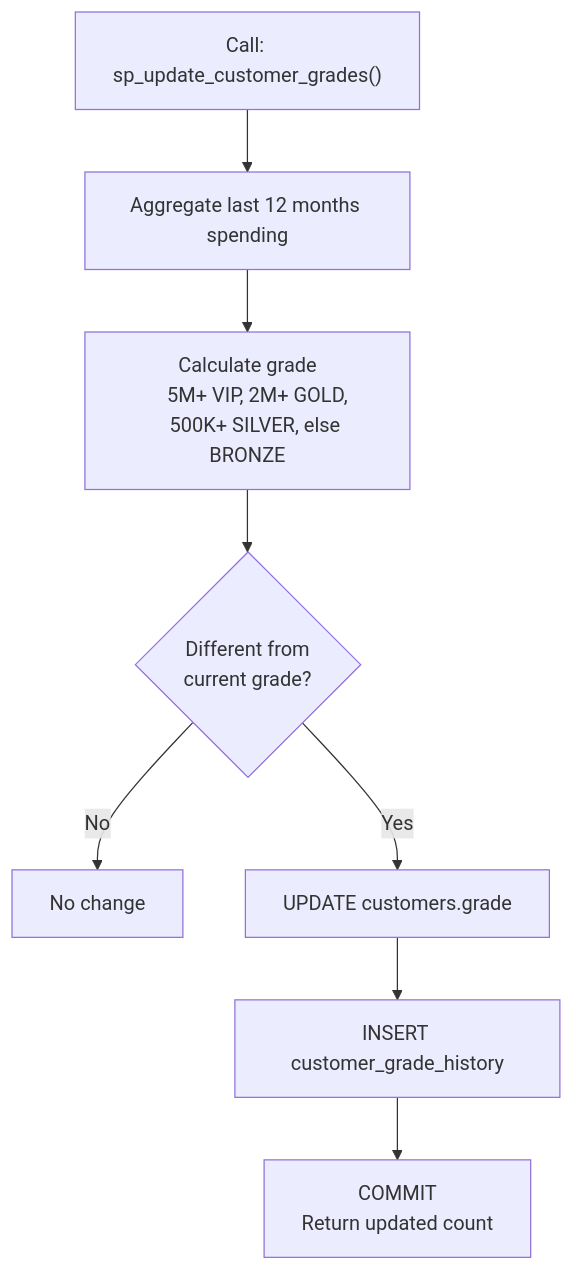
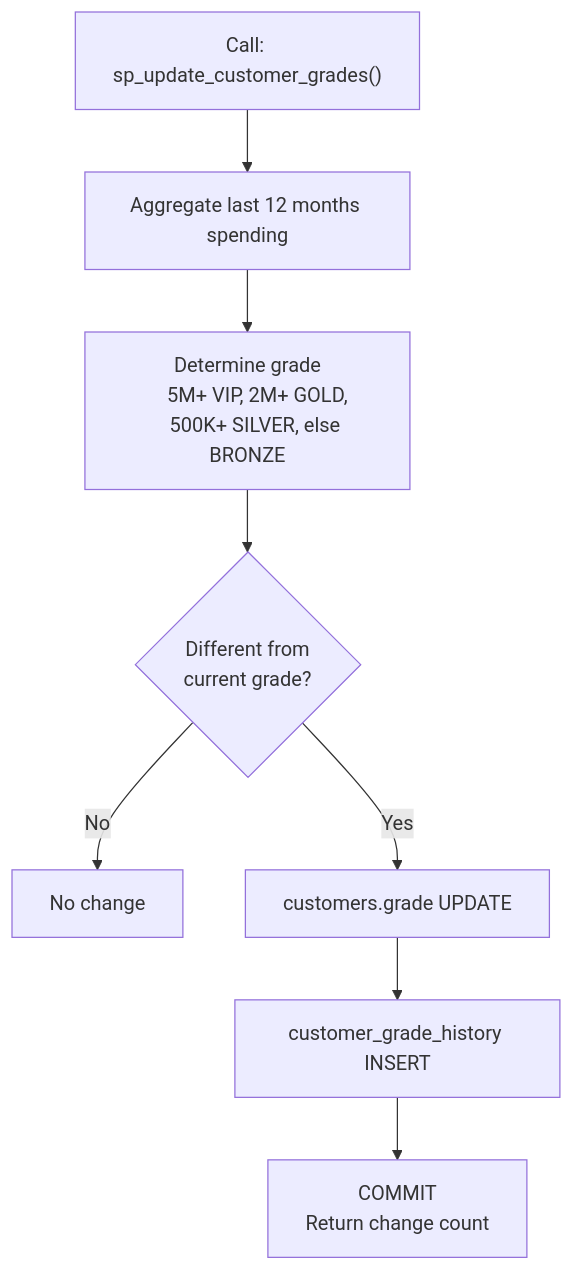
The sixth of 15 diagrams in docs/en/schema/procedures.md (civilian7/sql-tutorial), drawn with Mermaid before and after one commit. The commit also changed other lines of this file and 121 other files, not shown here.

````diff
--- a/docs/en/schema/procedures.md
+++ b/docs/en/schema/procedures.md
@@ -621,14 +636,14 @@
 ```mermaid
 flowchart TD
     A["Call: sp_update_customer_grades()"] --> B["Aggregate last 12 months spending"]
-    B --> C["Calculate grade
+    B --> C["Determine grade
     5M+ VIP, 2M+ GOLD,
     500K+ SILVER, else BRONZE"]
     C --> D{"Different from
     current grade?"}
     D -- No --> E["No change"]
-    D -- Yes --> F["UPDATE customers.grade"]
-    F --> G["INSERT customer_grade_history"]
+    D -- Yes --> F["customers.grade UPDATE"]
+    F --> G["customer_grade_history INSERT"]
     G --> H["COMMIT
-    Return updated count"]
+    Return change count"]
 ```
````
